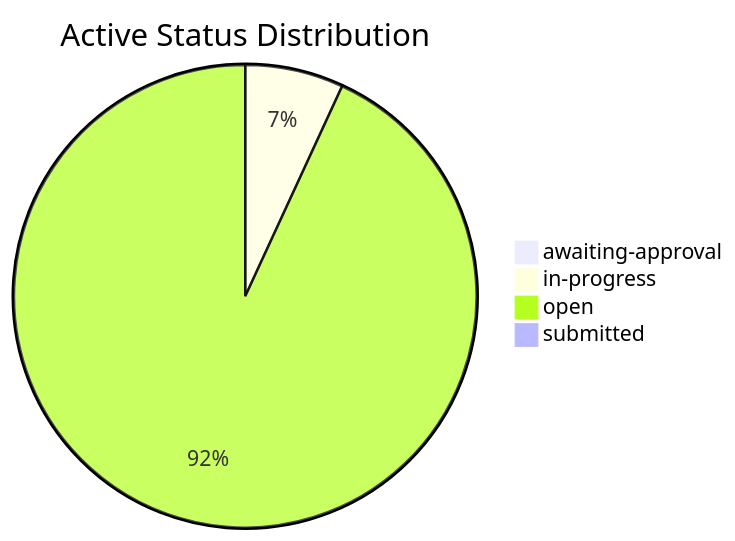
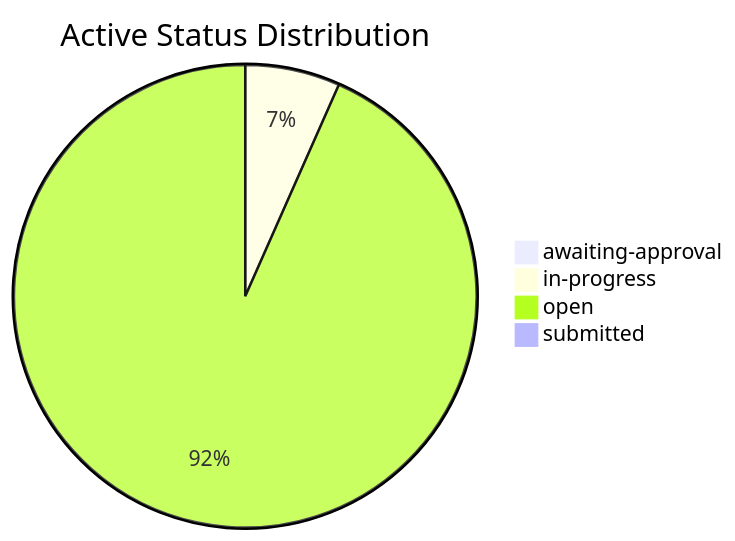
The second of 3 diagrams in dashboard.md (mgosal/5et.uk), drawn with Mermaid before and after one commit. The commit also changed other lines of this file and 3 other files, not shown here.

````diff
--- a/dashboard.md
+++ b/dashboard.md
@@ -248,7 +260,7 @@
 ```mermaid
 pie title Active Status Distribution
     "awaiting-approval" : 1
     "in-progress" : 13
-    "open" : 176
+    "open" : 183
     "submitted" : 1
 ```
````
